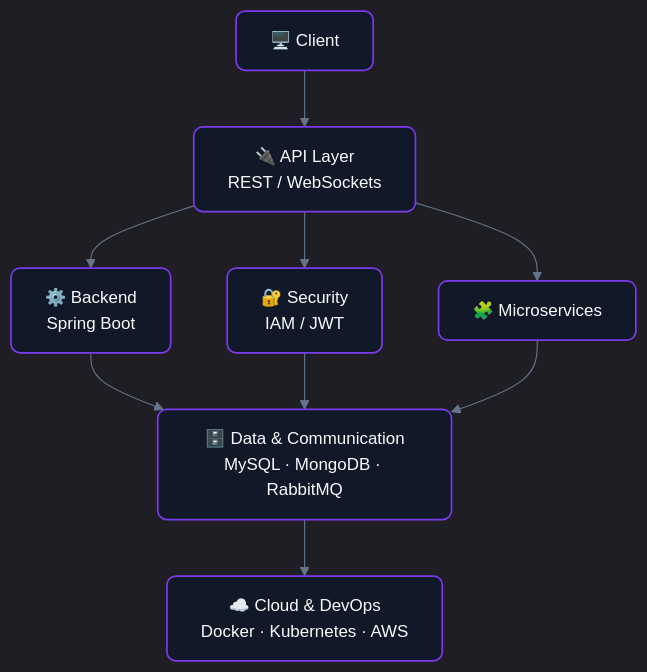
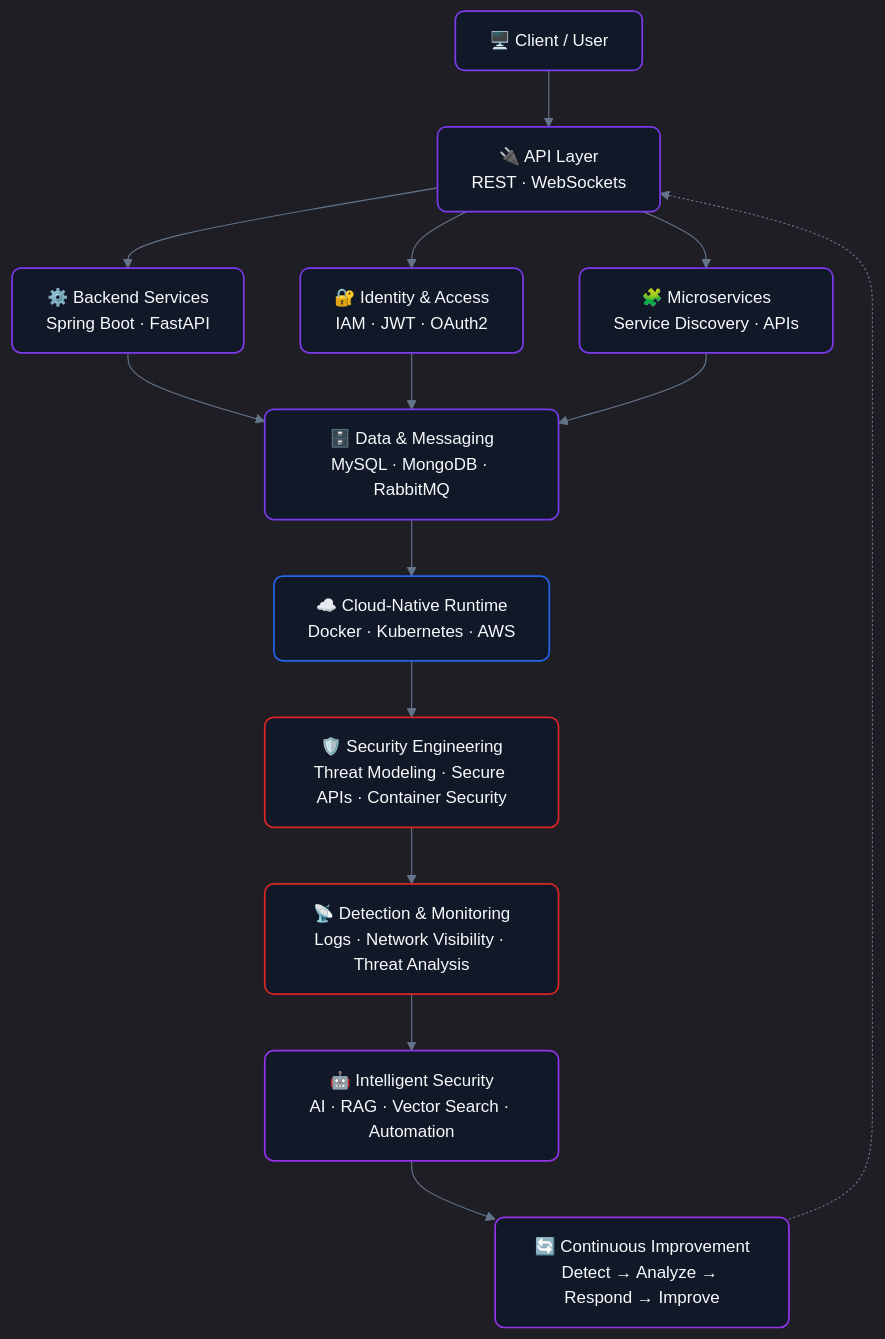
Before and after one commit to chandanboyina/chandanboyina: the first of 5 diagrams in README.md, drawn with Mermaid.

Commit message:
Update flowchart in README for clarity and detail

````diff
--- a/README.md
+++ b/README.md
@@ -259,15 +259,36 @@
 ```mermaid
 %%{init: {'theme':'dark', 'themeVariables': {'primaryColor':'#1D4ED8','primaryTextColor':'#F8FAFC','primaryBorderColor':'#7C3AED','lineColor':'#64748B','secondaryColor':'#111827','tertiaryColor':'#0F172A','fontSize':'15px'}}}%%
 flowchart TD
-    A["🖥️ Client"] --> B["🔌 API Layer<br/>REST / WebSockets"]
-    B --> C["⚙️ Backend<br/>Spring Boot"]
-    B --> D["🔐 Security<br/>IAM / JWT"]
-    B --> E["🧩 Microservices"]
-    C --> F["🗄️ Data & Communication<br/>MySQL · MongoDB · RabbitMQ"]
+
+    A["🖥️ Client / User"] --> B["🔌 API Layer<br/>REST · WebSockets"]
+
+    B --> C["⚙️ Backend Services<br/>Spring Boot · FastAPI"]
+    B --> D["🔐 Identity & Access<br/>IAM · JWT · OAuth2"]
+    B --> E["🧩 Microservices<br/>Service Discovery · APIs"]
+
+    C --> F["🗄️ Data & Messaging<br/>MySQL · MongoDB · RabbitMQ"]
     D --> F
     E --> F
-    F --> G["☁️ Cloud & DevOps<br/>Docker · Kubernetes · AWS"]
 
-    classDef node fill:#111827,stroke:#7C3AED,stroke-width:1.5px,color:#F8FAFC,rx:8,ry:8
-    class A,B,C,D,E,F,G node
+    F --> G["☁️ Cloud-Native Runtime<br/>Docker · Kubernetes · AWS"]
+
+    G --> H["🛡️ Security Engineering<br/>Threat Modeling · Secure APIs · Container Security"]
+
+    H --> I["📡 Detection & Monitoring<br/>Logs · Network Visibility · Threat Analysis"]
+
+    I --> J["🤖 Intelligent Security<br/>AI · RAG · Vector Search · Automation"]
+
+    J --> K["🔄 Continuous Improvement<br/>Detect → Analyze → Respond → Improve"]
+
+    K -.-> B
+
+    classDef core fill:#111827,stroke:#7C3AED,stroke-width:1.5px,color:#F8FAFC,rx:8,ry:8
+    classDef security fill:#111827,stroke:#DC2626,stroke-width:1.5px,color:#F8FAFC,rx:8,ry:8
+    classDef cloud fill:#111827,stroke:#2563EB,stroke-width:1.5px,color:#F8FAFC,rx:8,ry:8
+    classDef ai fill:#111827,stroke:#9333EA,stroke-width:1.5px,color:#F8FAFC,rx:8,ry:8
+
+    class A,B,C,D,E,F core
+    class G cloud
+    class H,I security
+    class J,K ai
 ```
````
